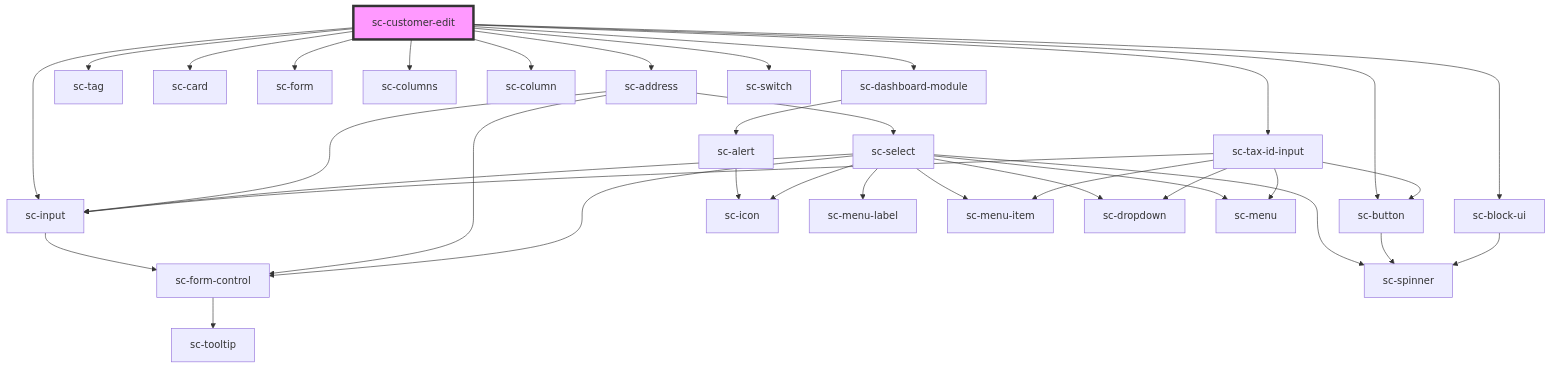
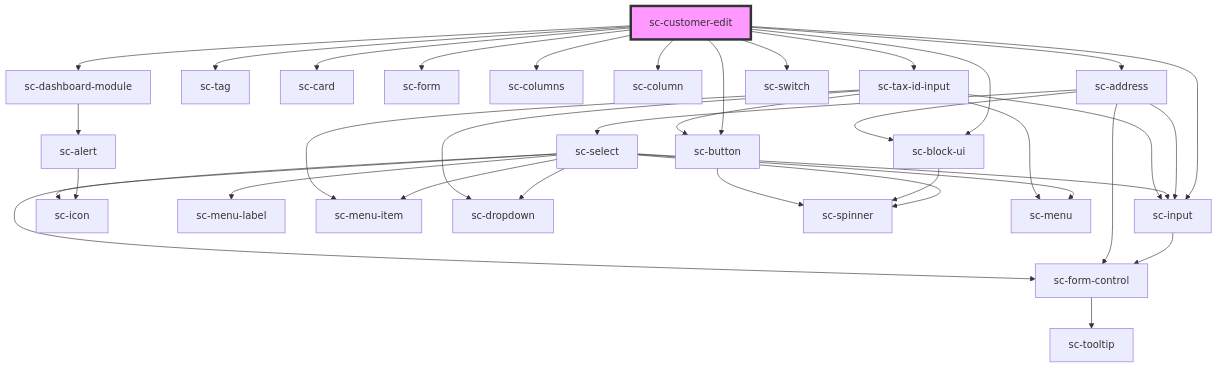
Before and after one commit to surecart/surecart-wp-plugin: the diagram in packages/components/src/components/controllers/dashboard/customer-edit/readme.md, drawn with Mermaid. The commit also changed 13 other files, not shown here.

````diff
--- a/packages/components/src/components/controllers/dashboard/customer-edit/readme.md
+++ b/packages/components/src/components/controllers/dashboard/customer-edit/readme.md
@@ -35,38 +35,39 @@
 ```mermaid
 graph TD;
   sc-customer-edit --> sc-dashboard-module
   sc-customer-edit --> sc-tag
   sc-customer-edit --> sc-card
   sc-customer-edit --> sc-form
   sc-customer-edit --> sc-input
   sc-customer-edit --> sc-columns
   sc-customer-edit --> sc-column
   sc-customer-edit --> sc-address
   sc-customer-edit --> sc-switch
   sc-customer-edit --> sc-tax-id-input
   sc-customer-edit --> sc-button
   sc-customer-edit --> sc-block-ui
   sc-dashboard-module --> sc-alert
   sc-alert --> sc-icon
   sc-input --> sc-form-control
   sc-form-control --> sc-tooltip
   sc-address --> sc-form-control
   sc-address --> sc-select
   sc-address --> sc-input
+  sc-address --> sc-block-ui
   sc-select --> sc-icon
   sc-select --> sc-menu-label
   sc-select --> sc-menu-item
   sc-select --> sc-form-control
   sc-select --> sc-dropdown
   sc-select --> sc-input
   sc-select --> sc-spinner
   sc-select --> sc-menu
+  sc-block-ui --> sc-spinner
   sc-tax-id-input --> sc-input
   sc-tax-id-input --> sc-dropdown
   sc-tax-id-input --> sc-button
   sc-tax-id-input --> sc-menu
   sc-tax-id-input --> sc-menu-item
   sc-button --> sc-spinner
-  sc-block-ui --> sc-spinner
   style sc-customer-edit fill:#f9f,stroke:#333,stroke-width:4px
 ```
````
